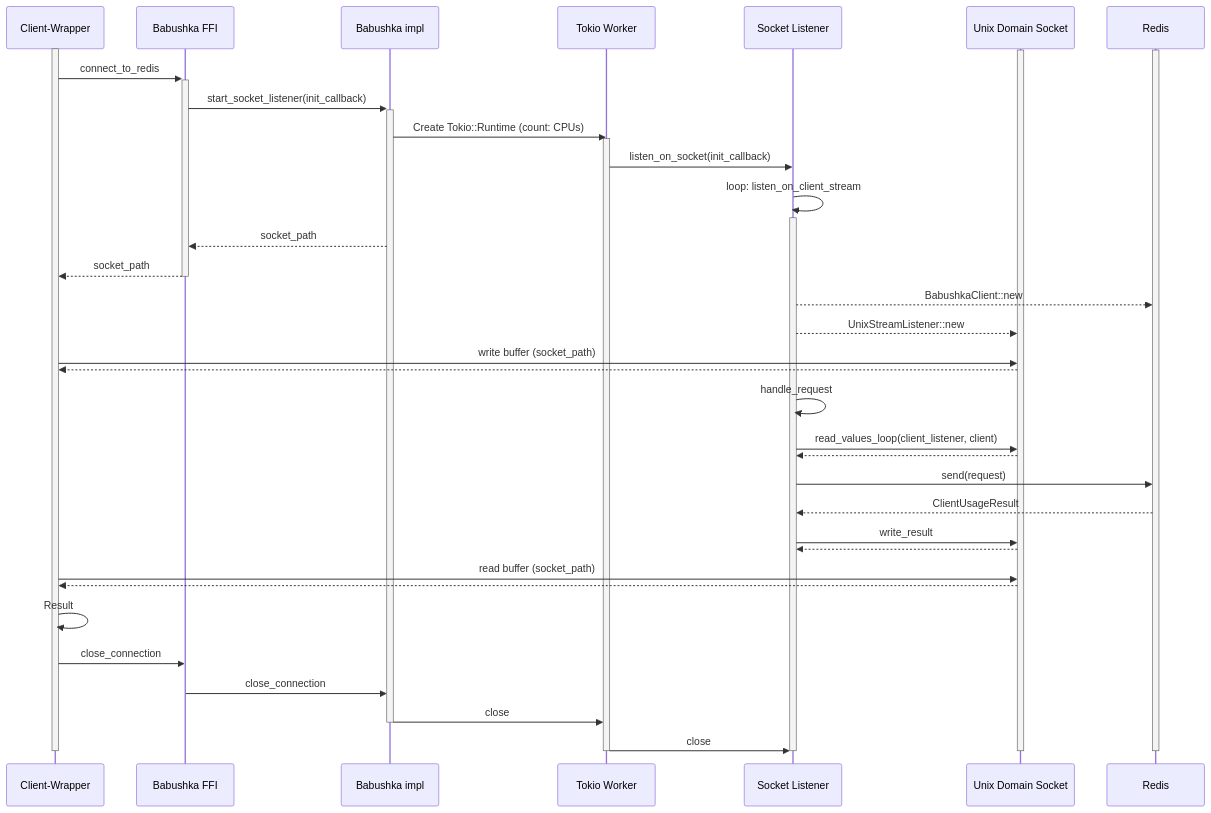
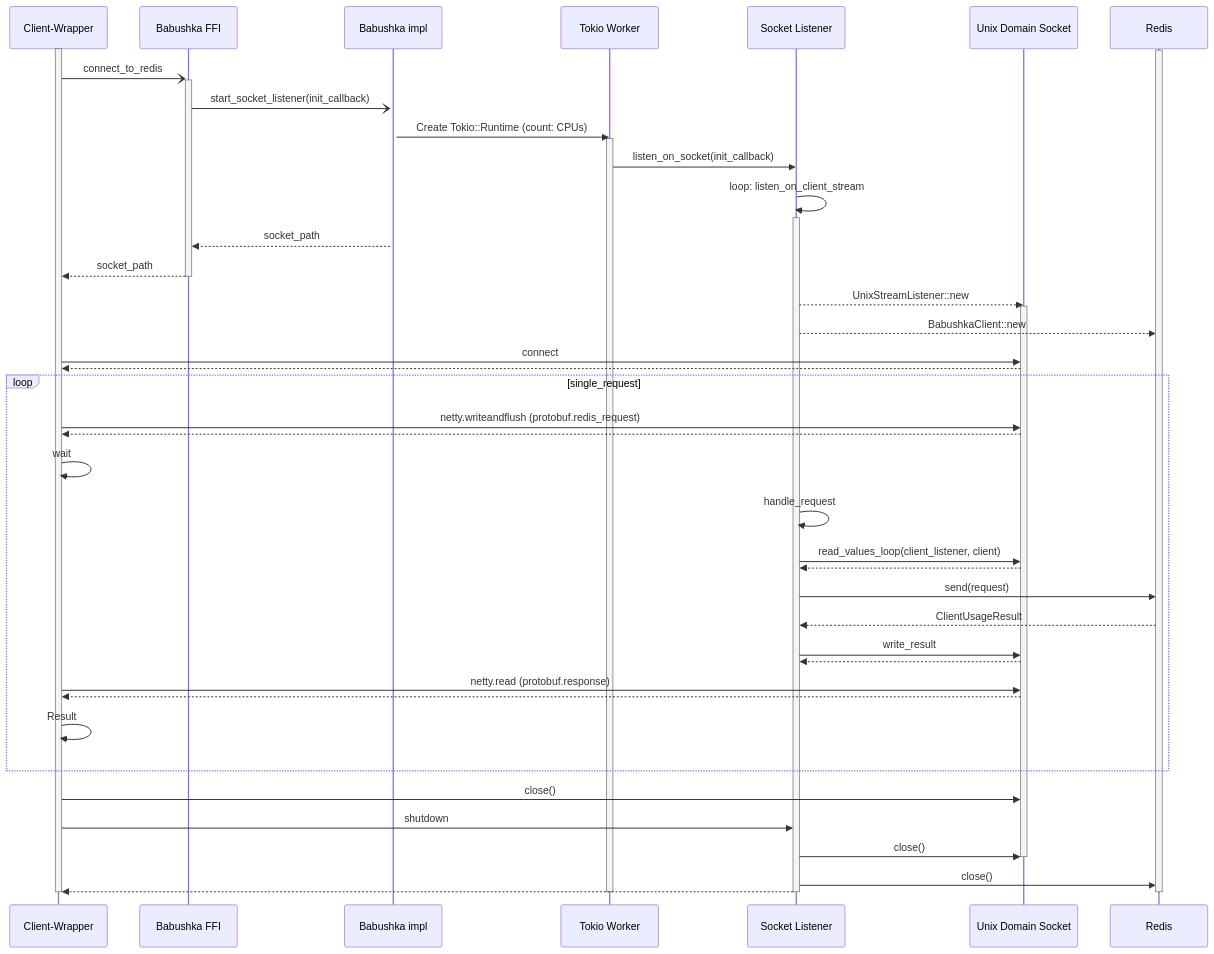
Before and after one commit to Bit-Quill/valkey-glide: the second of 4 diagrams in docs/design-raw-ffi.md, drawn with Mermaid. The commit also changed other lines of this file, not shown here.

````diff
--- a/docs/design-raw-ffi.md
+++ b/docs/design-raw-ffi.md
@@ -15,47 +57,53 @@
 ```mermaid
 sequenceDiagram
 
 participant Wrapper as Client-Wrapper
 participant ffi as Babushka FFI
 participant manager as Babushka impl
 participant worker as Tokio Worker
 participant SocketListener as Socket Listener
 participant Socket as Unix Domain Socket
 participant Client as Redis
 
 activate Wrapper
-activate Socket
 activate Client
-Wrapper ->>+ ffi: connect_to_redis
-ffi ->>+ manager: start_socket_listener(init_callback)
+Wrapper -)+ ffi: connect_to_redis
+ffi -)+ manager: start_socket_listener(init_callback)
     manager ->> worker: Create Tokio::Runtime (count: CPUs)
         activate worker
         worker ->> SocketListener: listen_on_socket(init_callback)
         SocketListener ->> SocketListener: loop: listen_on_client_stream
             activate SocketListener
     manager -->> ffi: socket_path
 ffi -->>- Wrapper: socket_path
-      SocketListener -->> Client: BabushkaClient::new
-      SocketListener -->> Socket: UnixStreamListener::new 
-Wrapper ->> Socket: write buffer (socket_path)
-Socket -->> Wrapper: 
-    SocketListener ->> SocketListener: handle_request
-    SocketListener ->> Socket: read_values_loop(client_listener, client)
-        Socket -->> SocketListener: 
-    SocketListener ->> Client: send(request)
-    Client -->> SocketListener: ClientUsageResult
-    SocketListener ->> Socket: write_result
-        Socket -->> SocketListener: 
-Wrapper ->> Socket: read buffer (socket_path)
+    SocketListener -->> Socket: UnixStreamListener::new
+    activate Socket
+    SocketListener -->> Client: BabushkaClient::new
+Wrapper ->> Socket: connect 
     Socket -->> Wrapper: 
-Wrapper ->> Wrapper: Result 
-Wrapper ->> ffi: close_connection
-    ffi ->> manager: close_connection
-        manager ->>- worker: close
-            worker ->>SocketListener: close
-                deactivate SocketListener
-            deactivate worker
-deactivate Wrapper
-deactivate Client
-deactivate Socket
+loop single_request
+    Wrapper ->> Socket: netty.writeandflush (protobuf.redis_request)
+    Socket -->> Wrapper: 
+    Wrapper ->> Wrapper: wait
+        SocketListener ->> SocketListener: handle_request
+        SocketListener ->> Socket: read_values_loop(client_listener, client)
+            Socket -->> SocketListener: 
+        SocketListener ->> Client: send(request)
+        Client -->> SocketListener: ClientUsageResult
+        SocketListener ->> Socket: write_result
+            Socket -->> SocketListener: 
+    Wrapper ->> Socket: netty.read (protobuf.response)
+        Socket -->> Wrapper: 
+    Wrapper ->> Wrapper: Result 
+end
+Wrapper ->> Socket: close() 
+Wrapper ->> SocketListener: shutdown
+    SocketListener ->> Socket: close()
+    deactivate Socket
+    SocketListener ->> Client: close()
+    SocketListener -->> Wrapper: 
+    deactivate SocketListener
+    deactivate worker
+    deactivate Wrapper
+    deactivate Client
 ```
````
